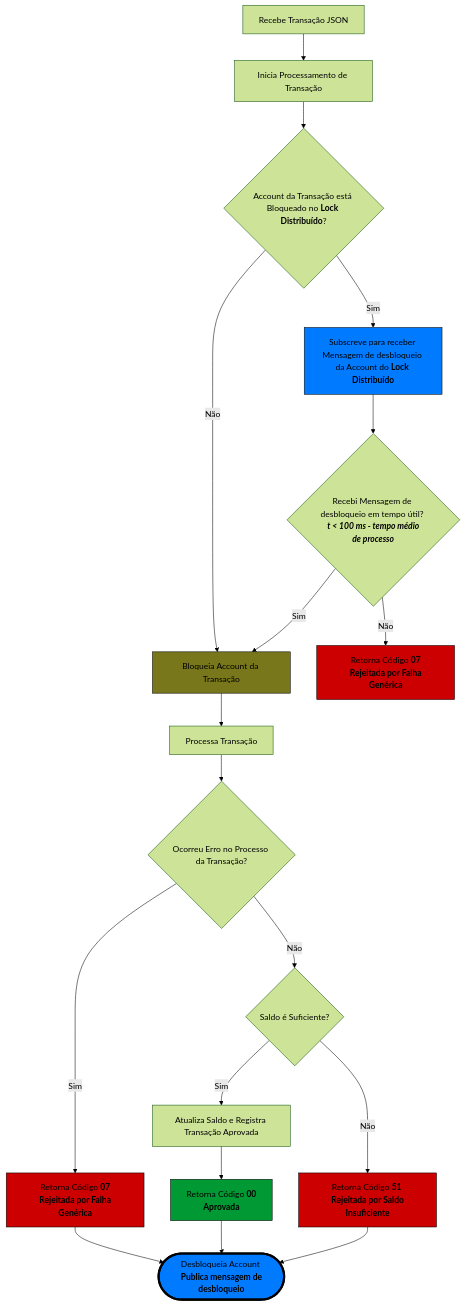
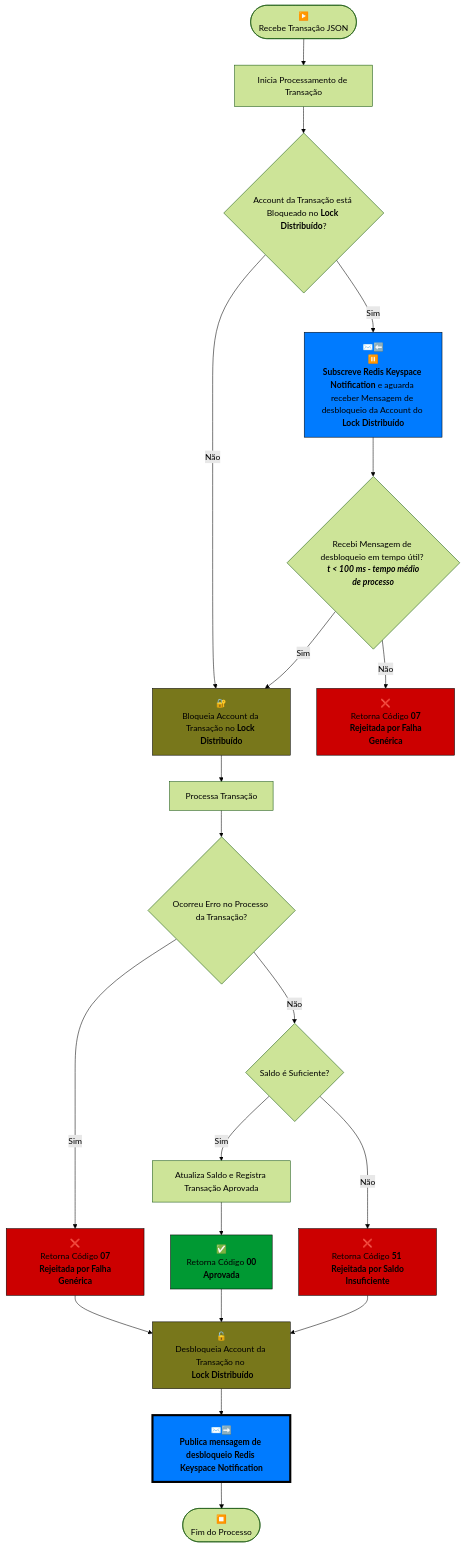
Before and after one commit to marciovmartins/jtonynet-go-payments-api: the third of 3 diagrams in README.md, drawn with Mermaid (forest theme). The commit also changed other lines of this file, not shown here.

````diff
--- a/README.md
+++ b/README.md
@@ -586,36 +589,41 @@
 ```mermaid
 flowchart TD
-    A[Recebe Transação JSON] --> B[Inicia Processamento de Transação]
+    A([▶️<br/>Recebe Transação JSON]) --> B[Inicia Processamento de Transação]
     B --> C{Account da Transação está Bloqueado no <b>Lock Distribuído</b>?}
     
-    C -- Não --> D[Bloqueia Account da Transação]
+    C -- Não --> D[🔐<br/>Bloqueia Account da Transação no <b>Lock Distribuído</b>]
     D  --> E[Processa Transação]
 
-    C -- Sim --> M[Subscreve para receber Mensagem de desbloqueio da Account do <b>Lock Distribuído</b>]
+    C -- Sim --> M[✉️⬅️<br/>⏸️<br/><b>Subscreve Redis Keyspace Notification</b> e aguarda receber Mensagem de desbloqueio da Account do <b>Lock Distribuído</b>]
     M --> N{Recebi Mensagem de desbloqueio em tempo útil? <br/> <b><i>t<i> < 100 ms - tempo médio de processo</b>}
     N -- Sim --> D
-    N -- Não --> O[Retorna Código <b>07<br/> Rejeitada por Falha Genérica</b>]
+    N -- Não --> O[❌<br/>Retorna Código <b>07<br/> Rejeitada por Falha Genérica</b>]
 
     E --> F{Ocorreu Erro no Processo da Transação?}
     F -- Não --> G{Saldo é Suficiente?}
-    F -- Sim --> K[Retorna Código <b>07<br/> Rejeitada por Falha Genérica</b>]
+    F -- Sim --> K[❌<br/>Retorna Código <b>07<br/> Rejeitada por Falha Genérica</b>]
     K --> J
     
     G -- Sim --> H[Atualiza Saldo e Registra Transação Aprovada]
-    H --> I[Retorna Código <b>00 <br/> Aprovada</b>]
-    I --> J([Desbloqueia Account <br> <b>Publica mensagem de desbloqueio</b>])
+    H --> I[✅<br>Retorna Código <b>00 <br/> Aprovada</b>]
+    I --> J[🔓<br/>Desbloqueia Account da Transação no <br> <b>Lock Distribuído</b>]
 
-    G -- Não --> L[Retorna Código <b>51 <br/> Rejeitada por Saldo Insuficiente</b>]
+    G -- Não --> L[❌<br/>Retorna Código <b>51 <br/> Rejeitada por Saldo Insuficiente</b>]
     L --> J
+
+    J --> P[✉️➡️<br/><b>Publica mensagem de desbloqueio Redis Keyspace Notification</b>]
+    P --> Q([⏹️<br/>Fim do Processo])
 
     style D fill:#78771b,stroke:#000
     style I fill:#009933,stroke:#000
 
     style L fill:#cc0000,stroke:#000
     style K fill:#cc0000,stroke:#000
     style O fill:#cc0000,stroke:#000
 
     style M fill:#007bff,stroke:#000
-    style J fill:#007bff,stroke:#000,stroke-width:4px
+
+    style J fill:#78771b,stroke:#000
+    style P fill:#007bff,stroke:#000,stroke-width:4px
 
 ```
````
